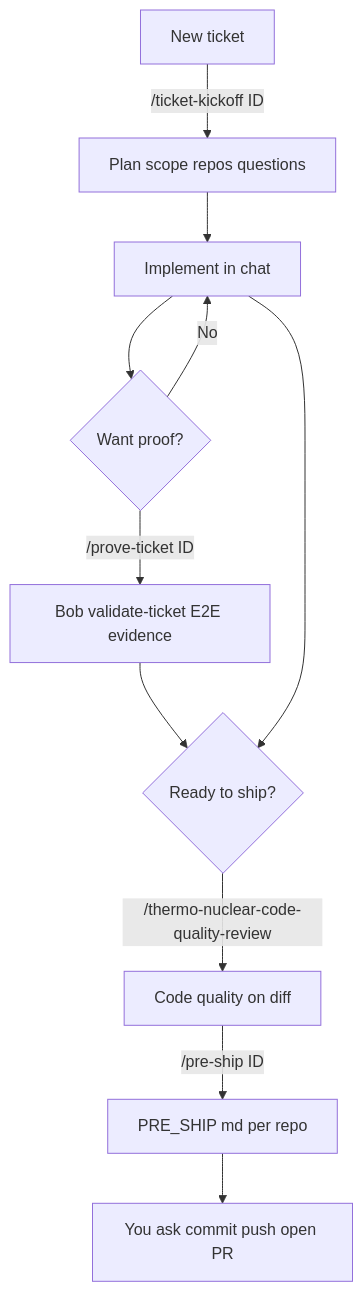
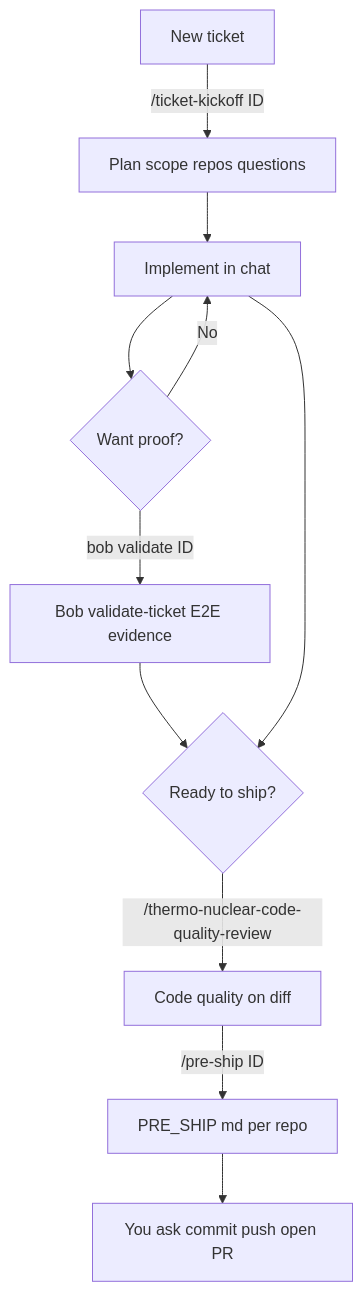
One commit to trusttAshutosh/cursor-markdowns changed the first of 2 diagrams in WORKFLOW.md. Above: the diagram before and after it, drawn with Mermaid. The commit also changed other lines of this file and 5 other files, not shown here.

First line of the commit message:
chore: remove redundant /prove-ticket slash command

````diff
--- a/WORKFLOW.md
+++ b/WORKFLOW.md
@@ -7,13 +7,13 @@
 ```mermaid
 flowchart TD
   A[New ticket] -->|/ticket-kickoff ID| B[Plan scope repos questions]
   B --> C[Implement in chat]
   C --> D{Want proof?}
   D -->|No| C
-  D -->|/prove-ticket ID| E[Bob validate-ticket E2E evidence]
+  D -->|bob validate ID| E[Bob validate-ticket E2E evidence]
   E --> F{Ready to ship?}
   C --> F
   F -->|/thermo-nuclear-code-quality-review| G[Code quality on diff]
   G -->|/pre-ship ID| H[PRE_SHIP md per repo]
   H --> I[You ask commit push open PR]
 ```
````
